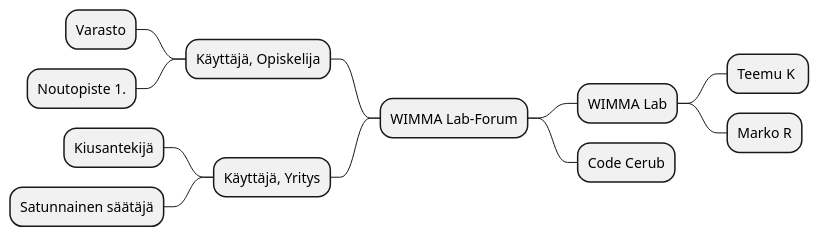
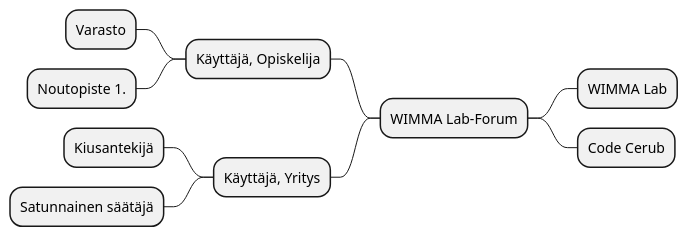
One commit to ninaleo/S2021-AB5160-core changed the first of 6 diagrams in dokumentit/20-Vaatimustenhallinta/vaatimusmaaritely-tiivis.md. Above: the diagram before and after it, drawn with PlantUML. The commit also changed other lines of this file, not shown here.

````diff
--- a/dokumentit/20-Vaatimustenhallinta/vaatimusmaaritely-tiivis.md
+++ b/dokumentit/20-Vaatimustenhallinta/vaatimusmaaritely-tiivis.md
@@ -45,15 +50,13 @@
 ```plantuml
 @startmindmap
 + WIMMA Lab-Forum
 ++ WIMMA Lab
-+++ Teemu K 
-+++ Marko R
 ++ Code Cerub
 -- Käyttäjä, Opiskelija
 --- Varasto
 --- Noutopiste 1.
 -- Käyttäjä, Yritys
 --- Kiusantekijä
 --- Satunnainen säätäjä
 @endmindmap
 ```
````
